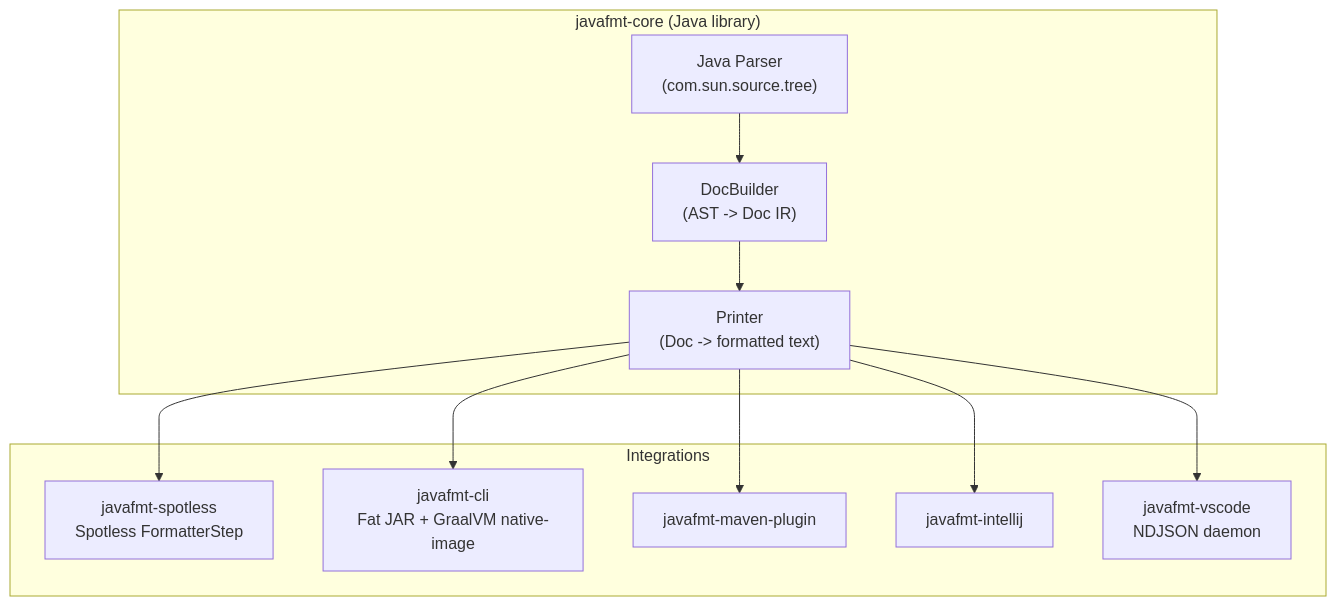
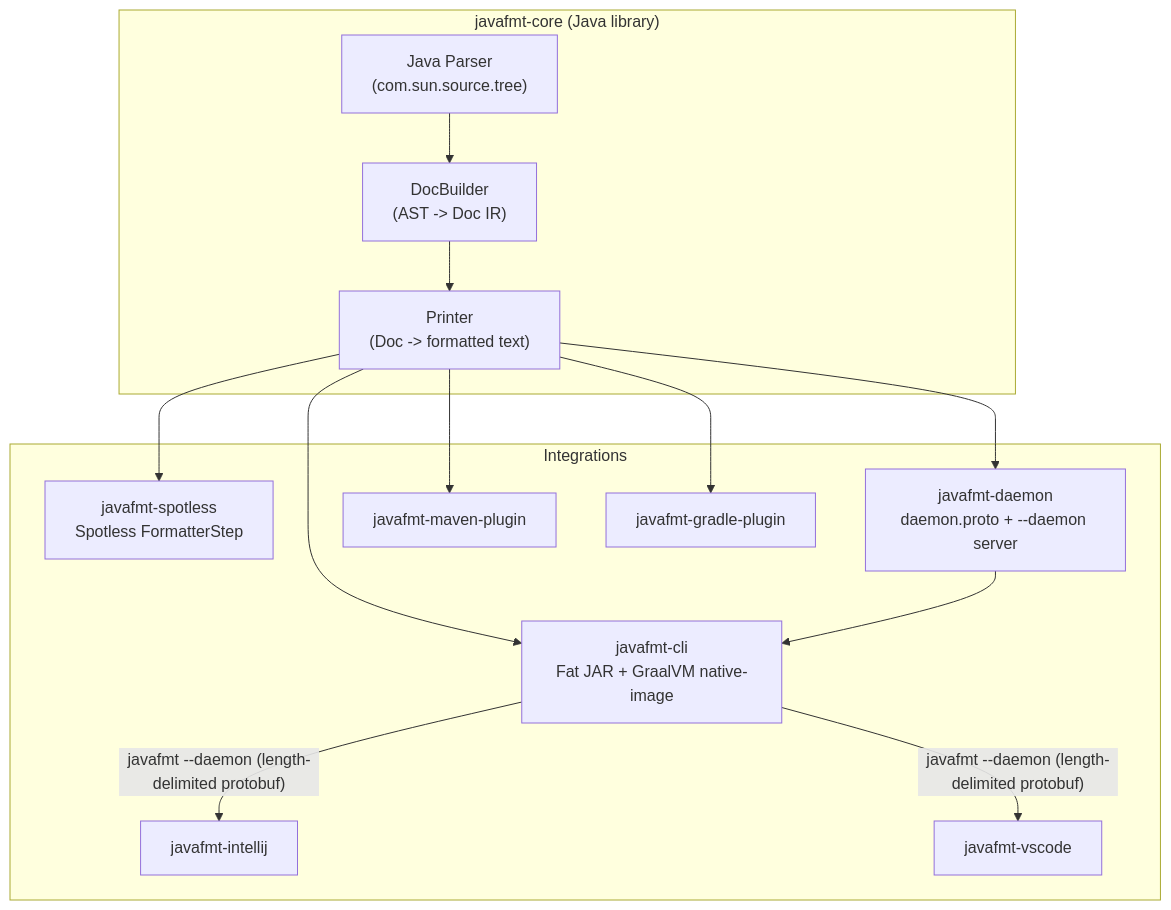
Before and after one commit to javafmt-io/javafmt: the first of 2 diagrams in ARCHITECTURE.md, drawn with Mermaid. The commit also changed other lines of this file and 115 other files, not shown here.

Commit message:
feat: run IntelliJ and VS Code on a warm native javafmt daemon and add the io.javafmt Gradle plugin

````diff
--- a/ARCHITECTURE.md
+++ b/ARCHITECTURE.md
@@ -7,21 +7,26 @@
 ```mermaid
 graph TD
     subgraph "javafmt-core (Java library)"
         A["Java Parser<br/>(com.sun.source.tree)"] --> B["DocBuilder<br/>(AST -> Doc IR)"]
         B --> C["Printer<br/>(Doc -> formatted text)"]
     end
 
     subgraph Integrations
         D["javafmt-spotless<br/>Spotless FormatterStep"]
         E["javafmt-cli<br/>Fat JAR + GraalVM native-image"]
+        J["javafmt-daemon<br/>daemon.proto + --daemon server"]
         F["javafmt-maven-plugin"]
+        I["javafmt-gradle-plugin"]
         G["javafmt-intellij"]
-        H["javafmt-vscode<br/>NDJSON daemon"]
+        H["javafmt-vscode"]
     end
 
     C --> D
     C --> E
     C --> F
-    C --> G
-    C --> H
+    C --> I
+    C --> J
+    J --> E
+    E -- "javafmt --daemon (length-delimited protobuf)" --> G
+    E -- "javafmt --daemon (length-delimited protobuf)" --> H
 ```
````
